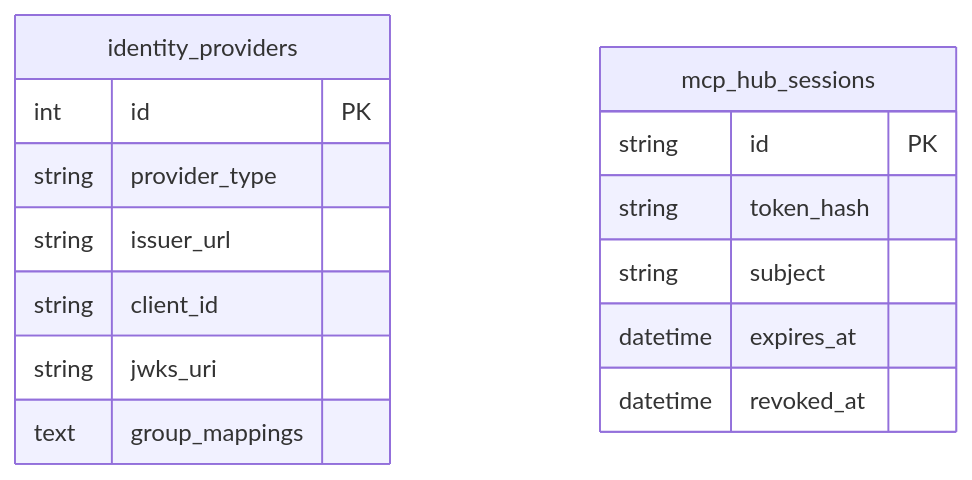
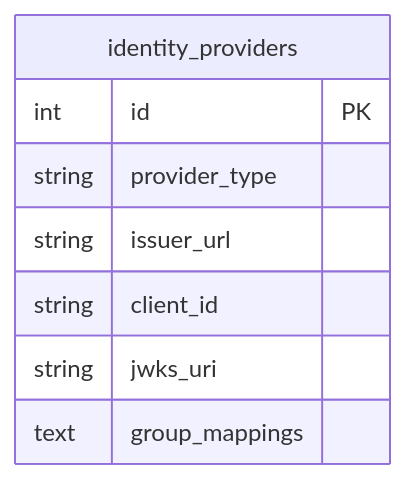
Before and after one commit to jsmesquita/loom-ext: the eighth of 8 diagrams in local-runtime/docs/guide/architecture.md, drawn with Mermaid. The commit also changed other lines of this file and 64 other files, not shown here.

````diff
--- a/local-runtime/docs/guide/architecture.md
+++ b/local-runtime/docs/guide/architecture.md
@@ -310,18 +325,11 @@
 ```mermaid
 erDiagram
     identity_providers {
         int id PK
         string provider_type
         string issuer_url
         string client_id
         string jwks_uri
         text group_mappings
     }
-    mcp_hub_sessions {
-        string id PK
-        string token_hash
-        string subject
-        datetime expires_at
-        datetime revoked_at
-    }
 ```
````
